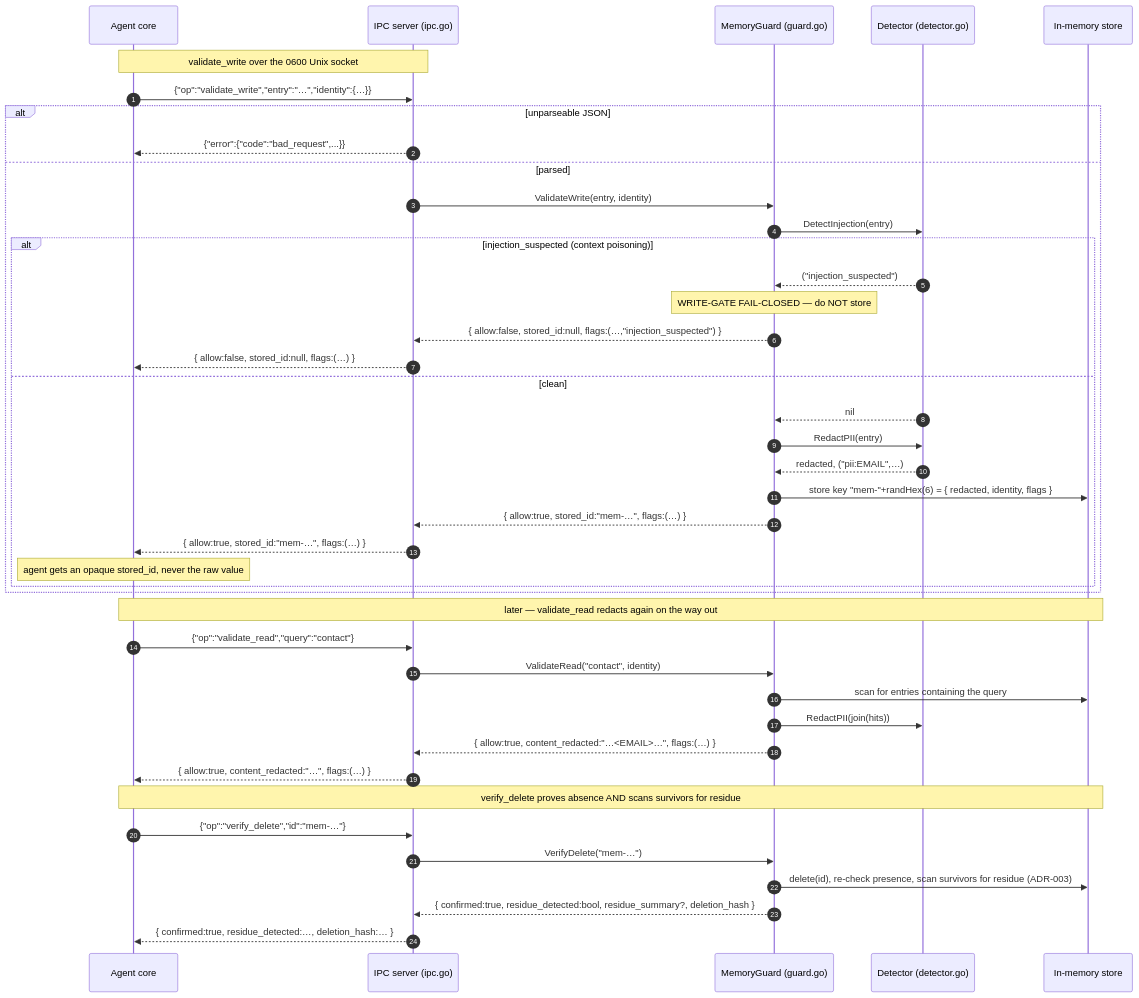
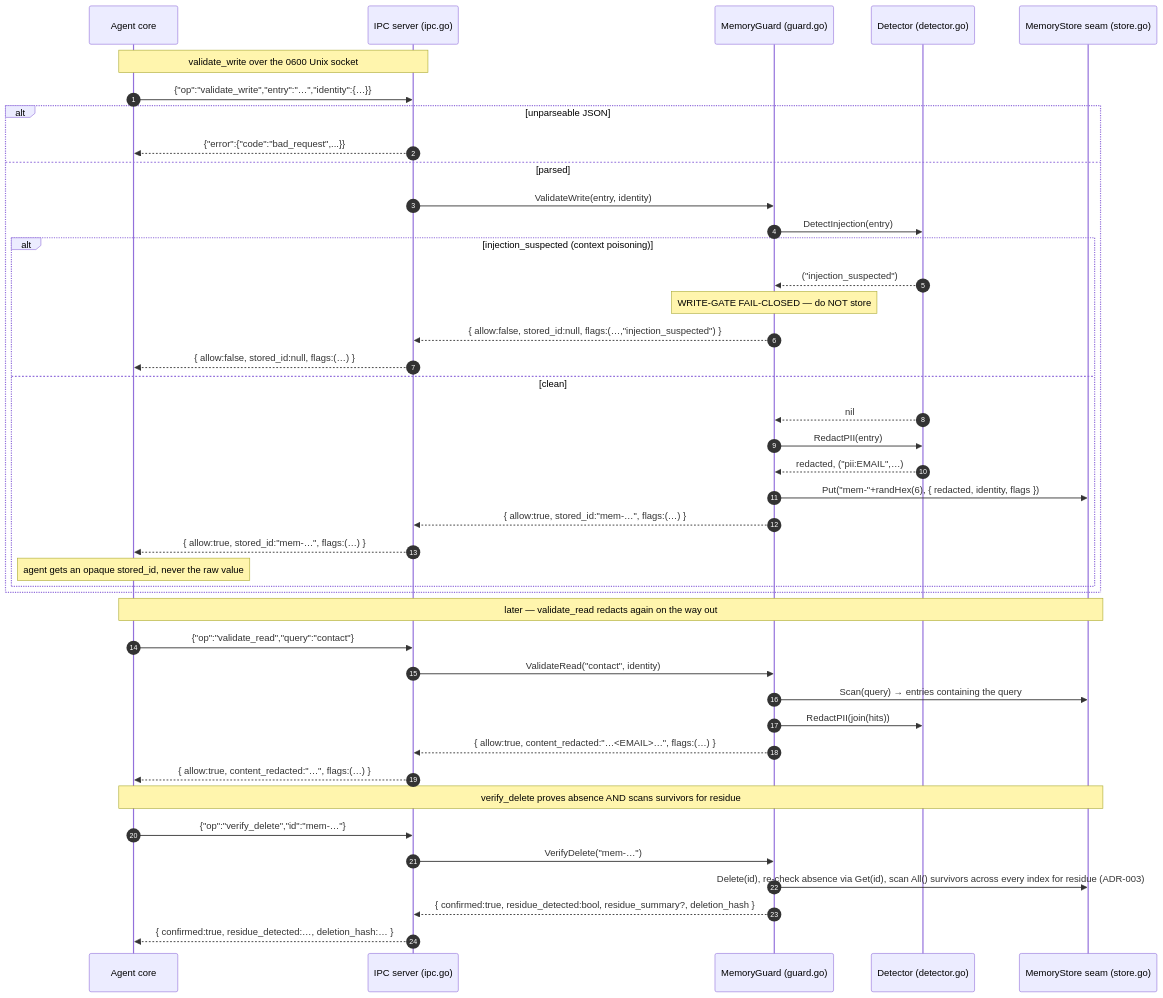
Before and after one commit to tkdtaylor/memory-guard: the third of 3 diagrams in docs/architecture/diagrams.md, drawn with Mermaid. The commit also changed other lines of this file and 8 other files, not shown here.

Commit message:
feat: complete task 006 — MemoryStore seam + stdlib second adapter

````diff
--- a/docs/architecture/diagrams.md
+++ b/docs/architecture/diagrams.md
@@ -98,47 +105,47 @@
 ```mermaid
 sequenceDiagram
     autonumber
     participant Agent as Agent core
     participant IPC as IPC server (ipc.go)
     participant Guard as MemoryGuard (guard.go)
     participant Det as Detector (detector.go)
-    participant Store as In-memory store
+    participant Store as MemoryStore seam (store.go)
 
     Note over Agent,IPC: validate_write over the 0600 Unix socket
     Agent->>IPC: {"op":"validate_write","entry":"…","identity":{…}}
     alt unparseable JSON
         IPC-->>Agent: {"error":{"code":"bad_request",...}}
     else parsed
         IPC->>Guard: ValidateWrite(entry, identity)
         Guard->>Det: DetectInjection(entry)
         alt injection_suspected (context poisoning)
             Det-->>Guard: ("injection_suspected")
             Note over Guard: WRITE-GATE FAIL-CLOSED — do NOT store
             Guard-->>IPC: { allow:false, stored_id:null, flags:(…,"injection_suspected") }
             IPC-->>Agent: { allow:false, stored_id:null, flags:(…) }
         else clean
             Det-->>Guard: nil
             Guard->>Det: RedactPII(entry)
             Det-->>Guard: redacted, ("pii:EMAIL",…)
-            Guard->>Store: store key "mem-"+randHex(6) = { redacted, identity, flags }
+            Guard->>Store: Put("mem-"+randHex(6), { redacted, identity, flags })
             Guard-->>IPC: { allow:true, stored_id:"mem-…", flags:(…) }
             IPC-->>Agent: { allow:true, stored_id:"mem-…", flags:(…) }
             Note over Agent: agent gets an opaque stored_id, never the raw value
         end
     end
 
     Note over Agent,Store: later — validate_read redacts again on the way out
     Agent->>IPC: {"op":"validate_read","query":"contact"}
     IPC->>Guard: ValidateRead("contact", identity)
-    Guard->>Store: scan for entries containing the query
+    Guard->>Store: Scan(query) → entries containing the query
     Guard->>Det: RedactPII(join(hits))
     Guard-->>IPC: { allow:true, content_redacted:"…<EMAIL>…", flags:(…) }
     IPC-->>Agent: { allow:true, content_redacted:"…", flags:(…) }
 
     Note over Agent,Store: verify_delete proves absence AND scans survivors for residue
     Agent->>IPC: {"op":"verify_delete","id":"mem-…"}
     IPC->>Guard: VerifyDelete("mem-…")
-    Guard->>Store: delete(id), re-check presence, scan survivors for residue (ADR-003)
+    Guard->>Store: Delete(id), re-check absence via Get(id), scan All() survivors across every index for residue (ADR-003)
     Guard-->>IPC: { confirmed:true, residue_detected:bool, residue_summary?, deletion_hash }
     IPC-->>Agent: { confirmed:true, residue_detected:…, deletion_hash:… }
 ```
````
